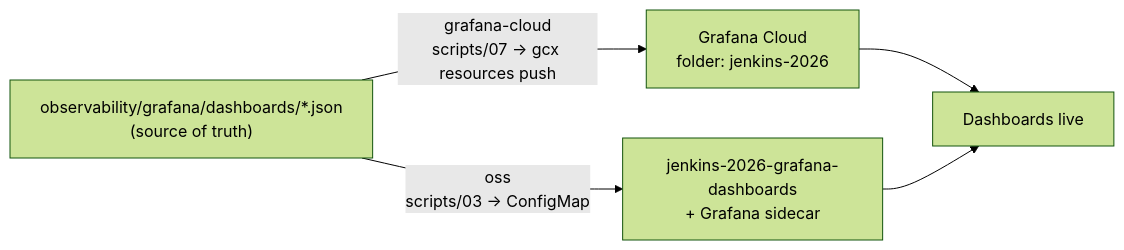
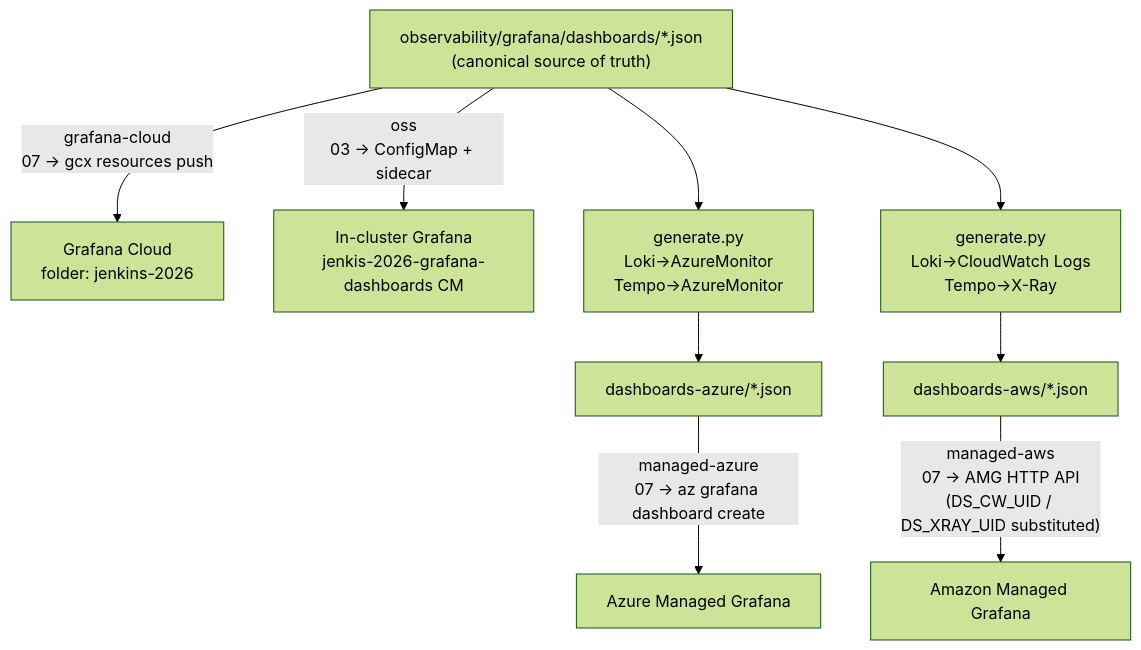
Before and after one commit to nubenetes/jenkins-2026: the fourth of 6 diagrams in docs/301-OBSERVABILITY.md, drawn with Mermaid (forest theme). The commit also changed other lines of this file, not shown here.

First line of the commit message:
docs(observability): document dashboard architecture and per-backend matrix

````diff
--- a/docs/301-OBSERVABILITY.md
+++ b/docs/301-OBSERVABILITY.md
@@ -207,8 +256,16 @@
 ```mermaid
-flowchart LR
-  SRC["observability/grafana/dashboards/*.json<br/>(source of truth)"]
-  SRC -->|"grafana-cloud<br/>scripts/07 → gcx resources push"| FOLDER["Grafana Cloud<br/>folder: jenkins-2026"]
-  SRC -->|"oss<br/>scripts/03 → ConfigMap"| CM["jenkins-2026-grafana-dashboards<br/>+ Grafana sidecar"]
-  FOLDER --> VIEW["Dashboards live"]
-  CM --> VIEW
+flowchart TD
+  SRC["observability/grafana/dashboards/*.json\n(canonical source of truth)"]
+
+  SRC -->|"grafana-cloud\n07 → gcx resources push"| GC["Grafana Cloud\nfolder: jenkins-2026"]
+  SRC -->|"oss\n03 → ConfigMap + sidecar"| OSS["In-cluster Grafana\njenkis-2026-grafana-dashboards CM"]
+
+  GEN_AZ["generate.py\nLoki→AzureMonitor\nTempo→AzureMonitor"]
+  GEN_AWS["generate.py\nLoki→CloudWatch Logs\nTempo→X-Ray"]
+
+  SRC --> GEN_AZ --> AZ["dashboards-azure/*.json"]
+  SRC --> GEN_AWS --> AWS["dashboards-aws/*.json"]
+
+  AZ -->|"managed-azure\n07 → az grafana dashboard create"| AMG_AZ["Azure Managed Grafana"]
+  AWS -->|"managed-aws\n07 → AMG HTTP API\n(DS_CW_UID / DS_XRAY_UID substituted)"| AMG_AWS["Amazon Managed Grafana"]
 ```
````
